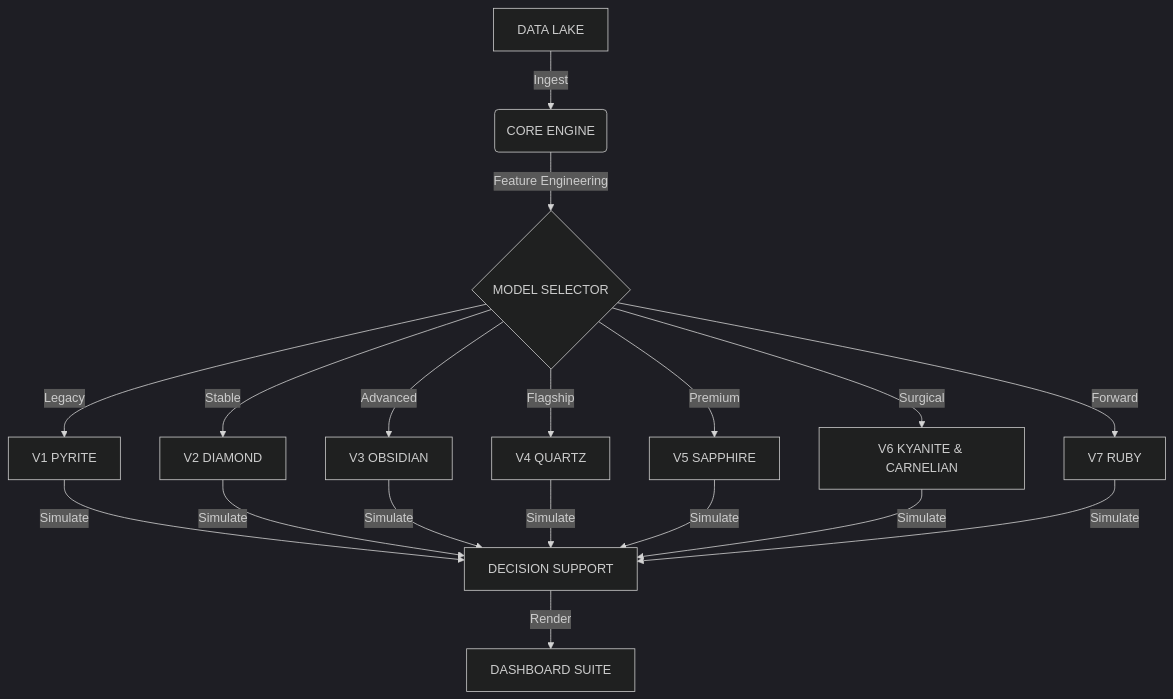
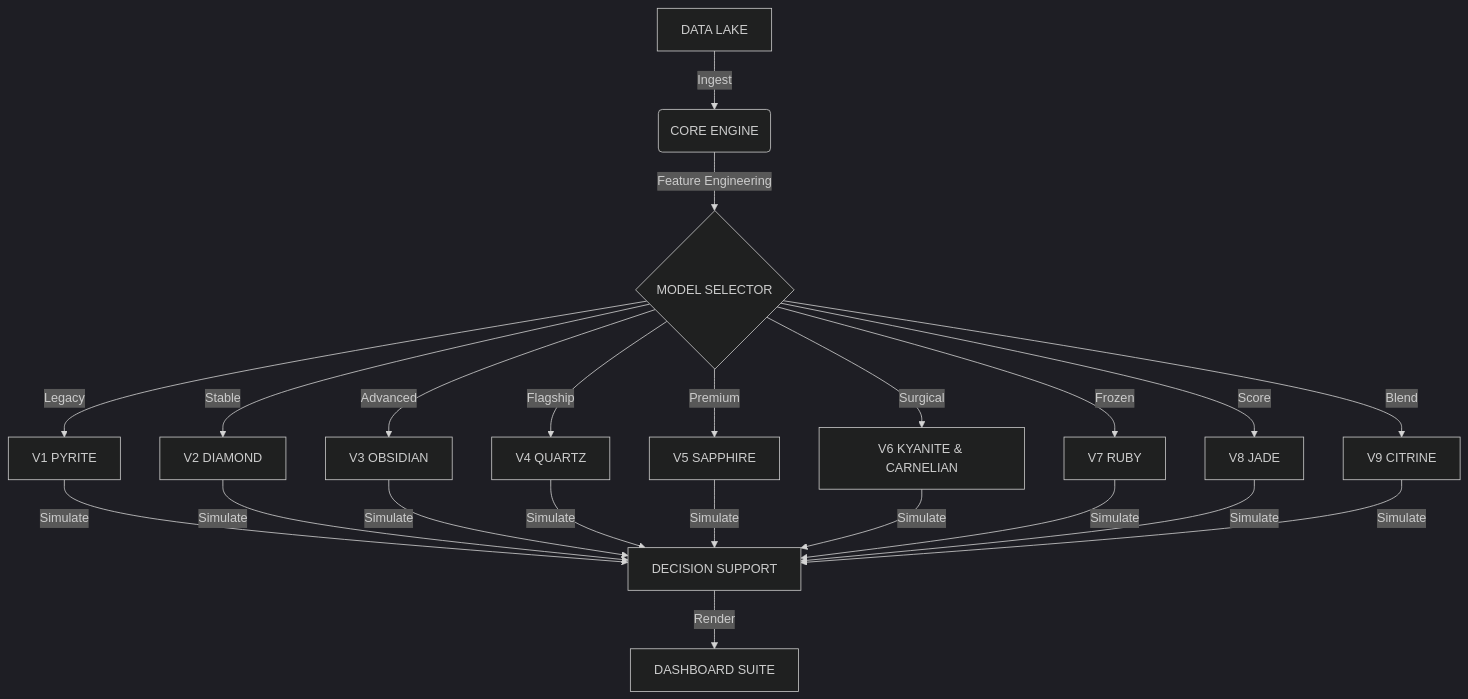
Before and after one commit to DSargent21/Quarry-Intelligence: the diagram in README.md, drawn with Mermaid (dark theme). The commit also changed other lines of this file and 7 other files, not shown here.

````diff
--- a/README.md
+++ b/README.md
@@ -101,14 +173,16 @@
 ```mermaid
 graph TD
     A[DATA LAKE] -->|Ingest| B(CORE ENGINE)
     B -->|Feature Engineering| C{MODEL SELECTOR}
     C -->|Legacy| D[V1 PYRITE]
     C -->|Stable| E[V2 DIAMOND]
     C -->|Advanced| F[V3 OBSIDIAN]
     C -->|Flagship| G[V4 QUARTZ]
     C -->|Premium| J[V5 SAPPHIRE]
     C -->|Surgical| K[V6 KYANITE & CARNELIAN]
-    C -->|Forward| L[V7 RUBY]
-    D & E & F & G & J & K & L -->|Simulate| H[DECISION SUPPORT]
+    C -->|Frozen| L[V7 RUBY]
+    C -->|Score| M[V8 JADE]
+    C -->|Blend| N[V9 CITRINE]
+    D & E & F & G & J & K & L & M & N -->|Simulate| H[DECISION SUPPORT]
     H -->|Render| I[DASHBOARD SUITE]
 ```
````
